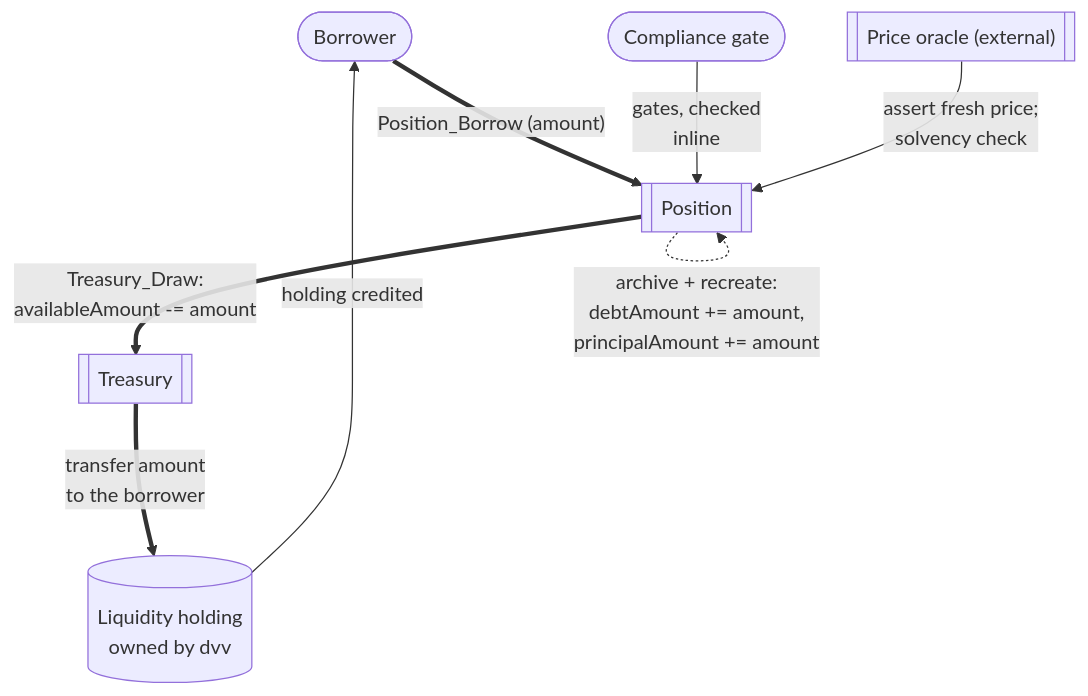
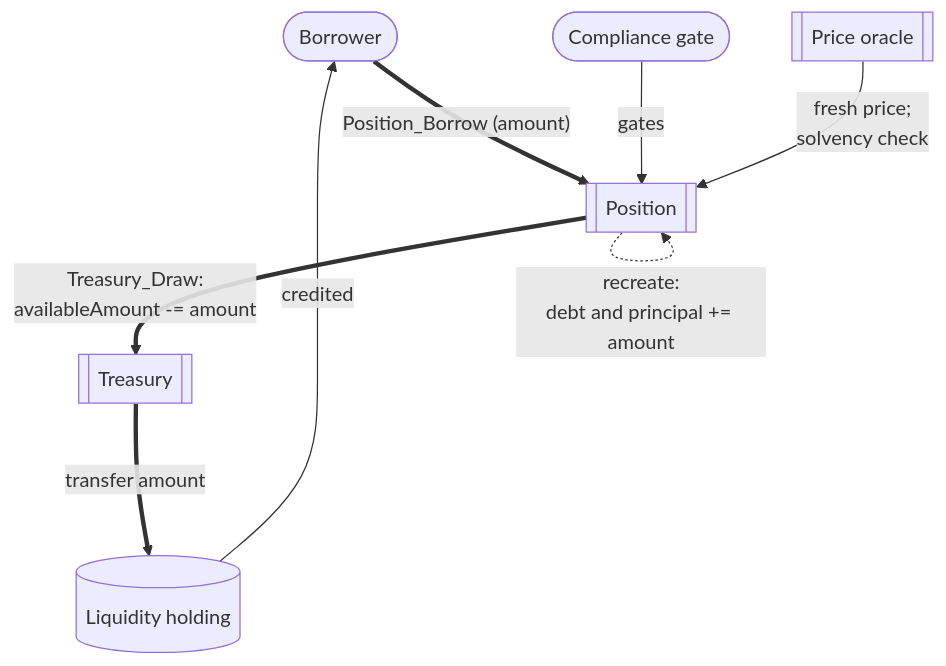
The third of 7 diagrams in docs/reference-architectures/lending.md (OpenZeppelin/canton-specs), drawn with Mermaid before and after one commit. The commit also changed other lines of this file, not shown here.

Commit message:
Removed the experimental packages. Clarified the diagrams. Corrected public oracle names dvv as observer.

````diff
--- a/docs/reference-architectures/lending.md
+++ b/docs/reference-architectures/lending.md
@@ -292,17 +289,17 @@
 ```mermaid
 flowchart TD
     Borrower([Borrower])
     Compliance(["Compliance gate"])
-    Oracle[["Price oracle (external)"]]
+    Oracle[["Price oracle"]]
     Position[["Position"]]
     Treasury[["Treasury"]]
-    Liquidity[("Liquidity holding<br/>owned by dvv")]
+    Liquidity[("Liquidity holding")]
 
     Borrower ==>|"Position_Borrow (amount)"| Position
-    Compliance -->|"gates, checked<br/>inline"| Position
-    Oracle -->|"assert fresh price;<br/>solvency check"| Position
+    Compliance -->|"gates"| Position
+    Oracle -->|"fresh price;<br/>solvency check"| Position
     Position ==>|"Treasury_Draw:<br/>availableAmount -= amount"| Treasury
-    Treasury ==>|"transfer amount<br/>to the borrower"| Liquidity
-    Liquidity -->|"holding credited"| Borrower
-    Position -.->|"archive + recreate:<br/>debtAmount += amount,<br/>principalAmount += amount"| Position
+    Treasury ==>|"transfer amount"| Liquidity
+    Liquidity -->|"credited"| Borrower
+    Position -.->|"recreate:<br/>debt and principal += amount"| Position
 ```
````
